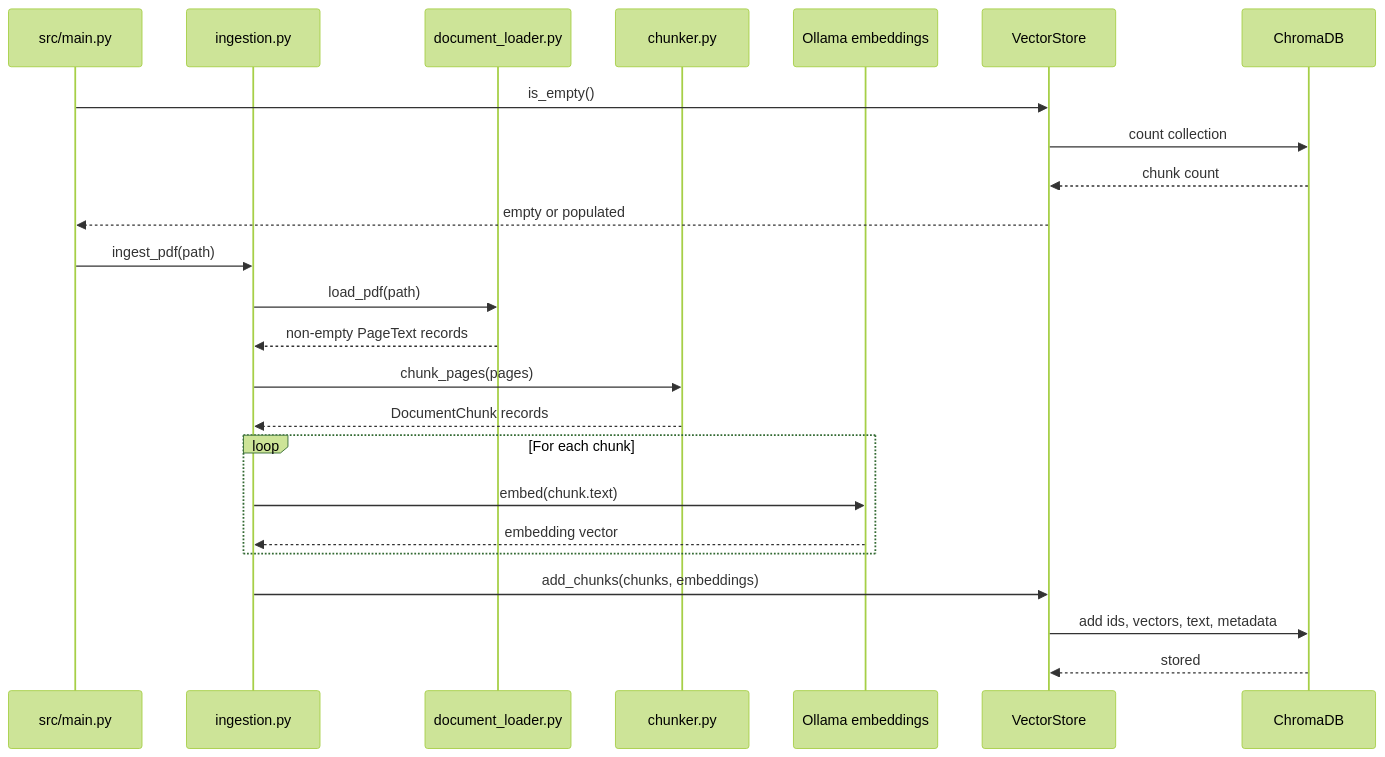
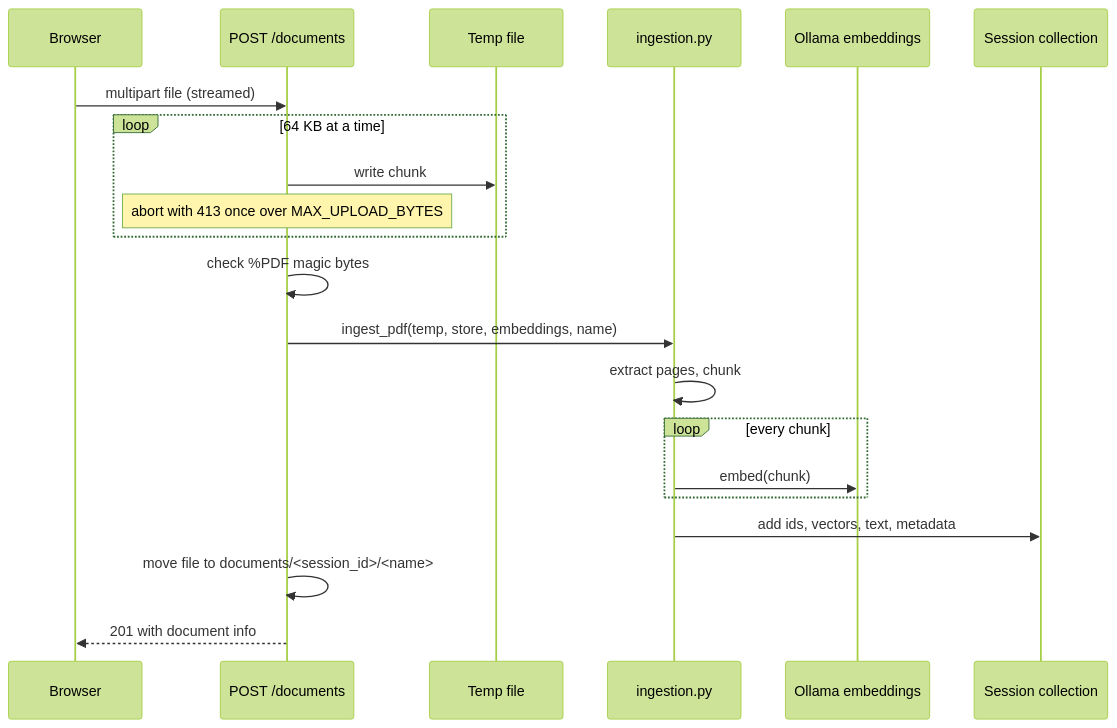
The third of 3 diagrams in README.md (thisismayuresh/rag-document), drawn with Mermaid (forest theme) before and after one commit. The commit also changed other lines of this file, not shown here.

````diff
--- a/README.md
+++ b/README.md
@@ -85,27 +117,24 @@
 ```mermaid
 sequenceDiagram
-    participant CLI as src/main.py
-    participant Ingest as ingestion.py
-    participant PDF as document_loader.py
-    participant Chunker as chunker.py
-    participant Embed as Ollama embeddings
-    participant Store as VectorStore
-    participant Chroma as ChromaDB
+    participant B as Browser
+    participant API as POST /documents
+    participant T as Temp file
+    participant P as ingestion.py
+    participant E as Ollama embeddings
+    participant C as Session collection
 
-    CLI->>Store: is_empty()
-    Store->>Chroma: count collection
-    Chroma-->>Store: chunk count
-    Store-->>CLI: empty or populated
-    CLI->>Ingest: ingest_pdf(path)
-    Ingest->>PDF: load_pdf(path)
-    PDF-->>Ingest: non-empty PageText records
-    Ingest->>Chunker: chunk_pages(pages)
-    Chunker-->>Ingest: DocumentChunk records
-    loop For each chunk
-        Ingest->>Embed: embed(chunk.text)
-        Embed-->>Ingest: embedding vector
+    B->>API: multipart file (streamed)
+    loop 64 KB at a time
+        API->>T: write chunk
+        Note over API: abort with 413 once over MAX_UPLOAD_BYTES
     end
-    Ingest->>Store: add_chunks(chunks, embeddings)
-    Store->>Chroma: add ids, vectors, text, metadata
-    Chroma-->>Store: stored
+    API->>API: check %PDF magic bytes
+    API->>P: ingest_pdf(temp, store, embeddings, name)
+    P->>P: extract pages, chunk
+    loop every chunk
+        P->>E: embed(chunk)
+    end
+    P->>C: add ids, vectors, text, metadata
+    API->>API: move file to documents/<session_id>/<name>
+    API-->>B: 201 with document info
 ```
````
